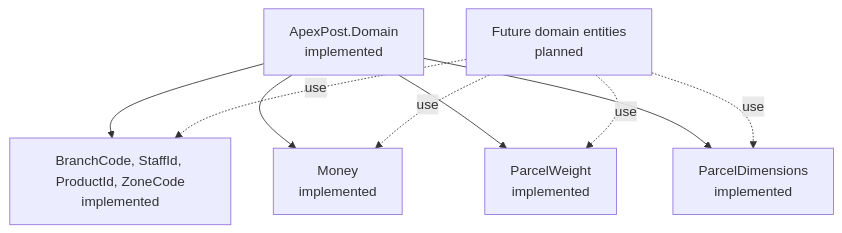
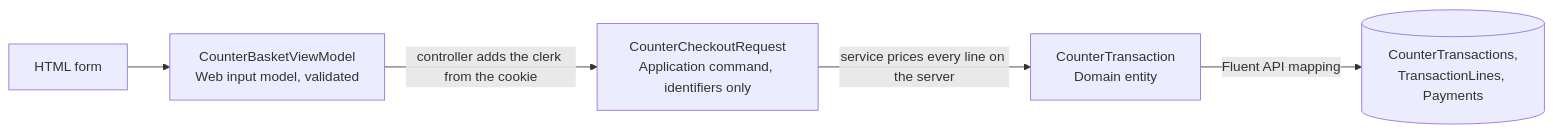
One commit to NarendraDappili/ApexPostLogisticsRepo changed the fifth of 7 diagrams in DESIGN.md. Above: the diagram before and after it, drawn with Mermaid. The commit also changed other lines of this file and 24 other files, not shown here.

````diff
--- a/DESIGN.md
+++ b/DESIGN.md
@@ -99,11 +335,7 @@
 ```mermaid
-flowchart TB
-    Domain[ApexPost.Domain<br/>implemented] --> Codes[BranchCode, StaffId, ProductId, ZoneCode<br/>implemented]
-    Domain --> Money[Money<br/>implemented]
-    Domain --> Weight[ParcelWeight<br/>implemented]
-    Domain --> Dimensions[ParcelDimensions<br/>implemented]
-    PlannedEntities[Future domain entities<br/>planned] -. use .-> Codes
-    PlannedEntities -. use .-> Money
-    PlannedEntities -. use .-> Weight
-    PlannedEntities -. use .-> Dimensions
+flowchart LR
+    Form[HTML form] --> VM[CounterBasketViewModel<br/>Web input model, validated]
+    VM -->|controller adds the clerk from the cookie| Cmd[CounterCheckoutRequest<br/>Application command, identifiers only]
+    Cmd -->|service prices every line on the server| Entity[CounterTransaction<br/>Domain entity]
+    Entity -->|Fluent API mapping| Rows[(CounterTransactions,<br/>TransactionLines, Payments)]
 ```
````
